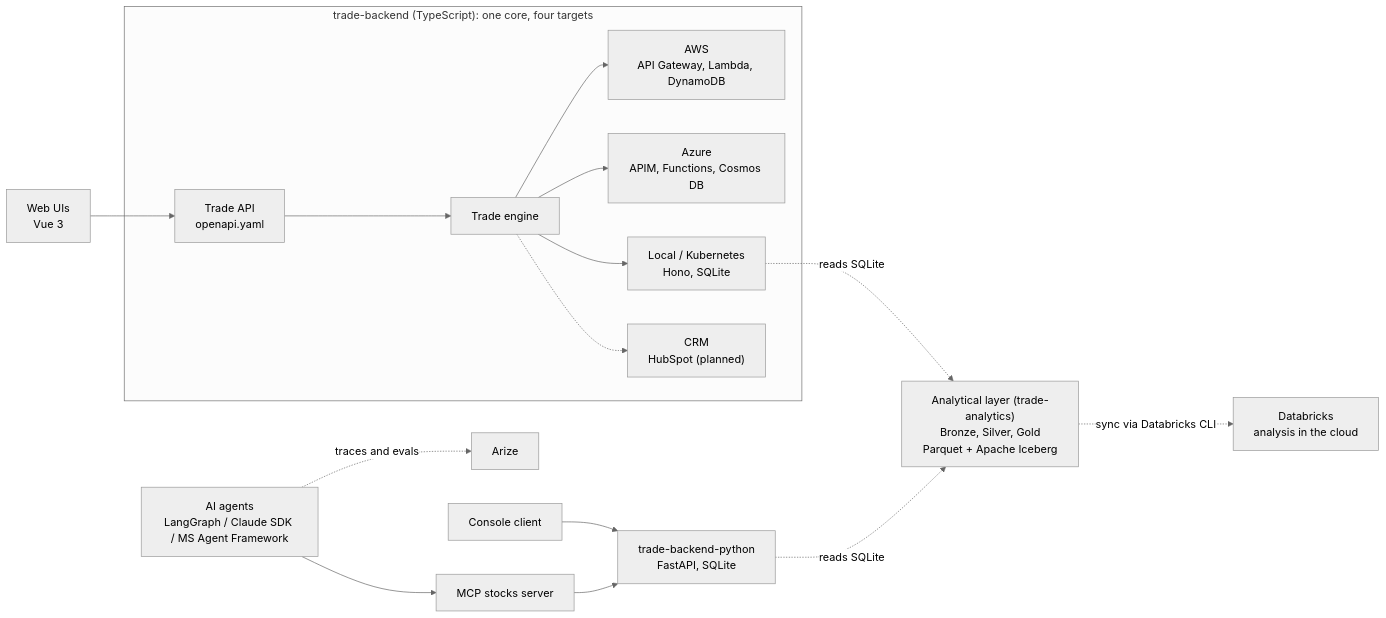
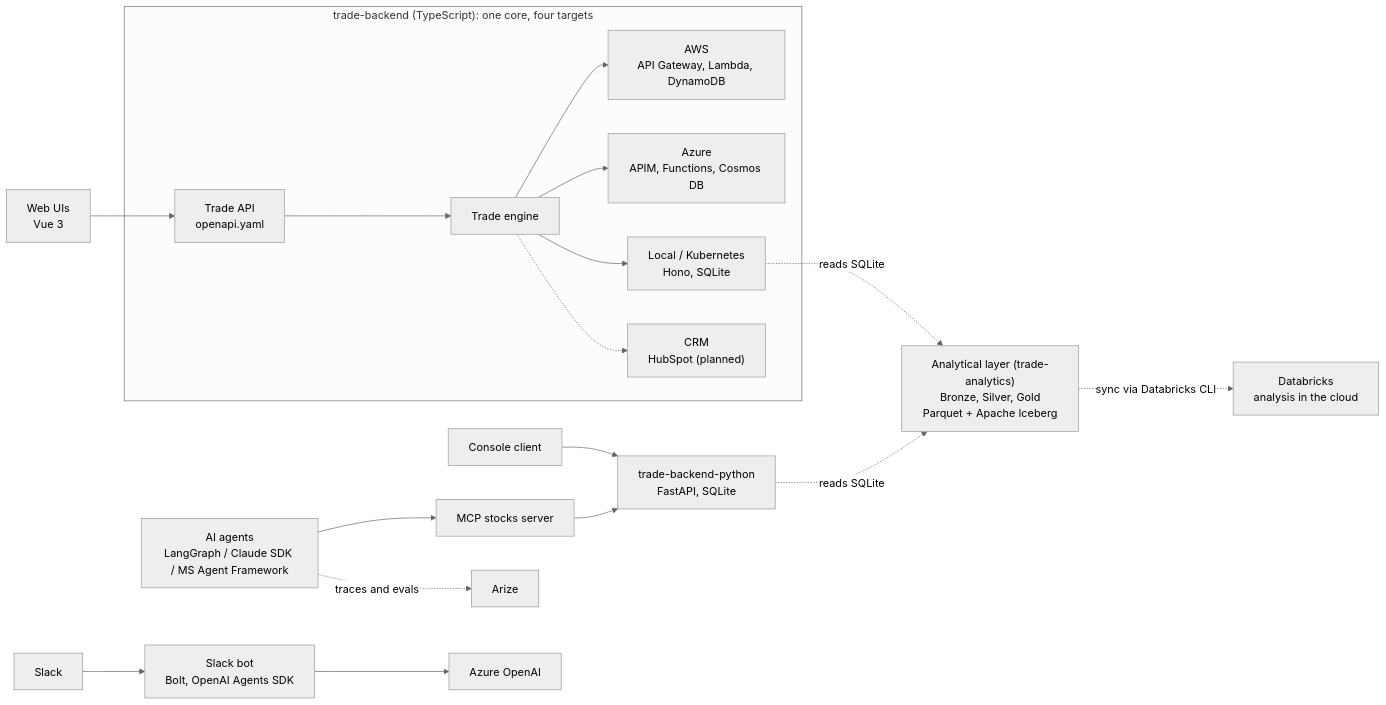
Before and after one commit to alexbcbr/stock-market-simulator: the diagram in README.md, drawn with Mermaid (neutral theme). The commit also changed other lines of this file and 22 other files, not shown here.

````diff
--- a/README.md
+++ b/README.md
@@ -22,22 +43,24 @@
 ```mermaid
 flowchart LR
     UI["Web UIs<br/>Vue 3"] --> API
     CON["Console client"] --> PY
     AG["AI agents<br/>LangGraph / Claude SDK / MS Agent Framework"] --> MCP["MCP stocks server"] --> PY
 
     subgraph TS["trade-backend (TypeScript): one core, four targets"]
         API["Trade API<br/>openapi.yaml"] --> CORE["Trade engine"]
         CORE --> T1["AWS<br/>API Gateway, Lambda, DynamoDB"]
         CORE --> T2["Azure<br/>APIM, Functions, Cosmos DB"]
         CORE --> T3["Local / Kubernetes<br/>Hono, SQLite"]
         CORE -.-> CRM["CRM<br/>HubSpot (planned)"]
     end
 
     PY["trade-backend-python<br/>FastAPI, SQLite"]
     AG -.traces and evals.-> ARIZE["Arize"]
 
+    SL["Slack"] --> SB["Slack bot<br/>Bolt, OpenAI Agents SDK"] --> AOAI["Azure OpenAI"]
+
     AN["Analytical layer (trade-analytics)<br/>Bronze, Silver, Gold<br/>Parquet + Apache Iceberg"]
     T3 -.reads SQLite.-> AN
     PY -.reads SQLite.-> AN
     AN -.sync via Databricks CLI.-> DBX["Databricks<br/>analysis in the cloud"]
 ```
````
